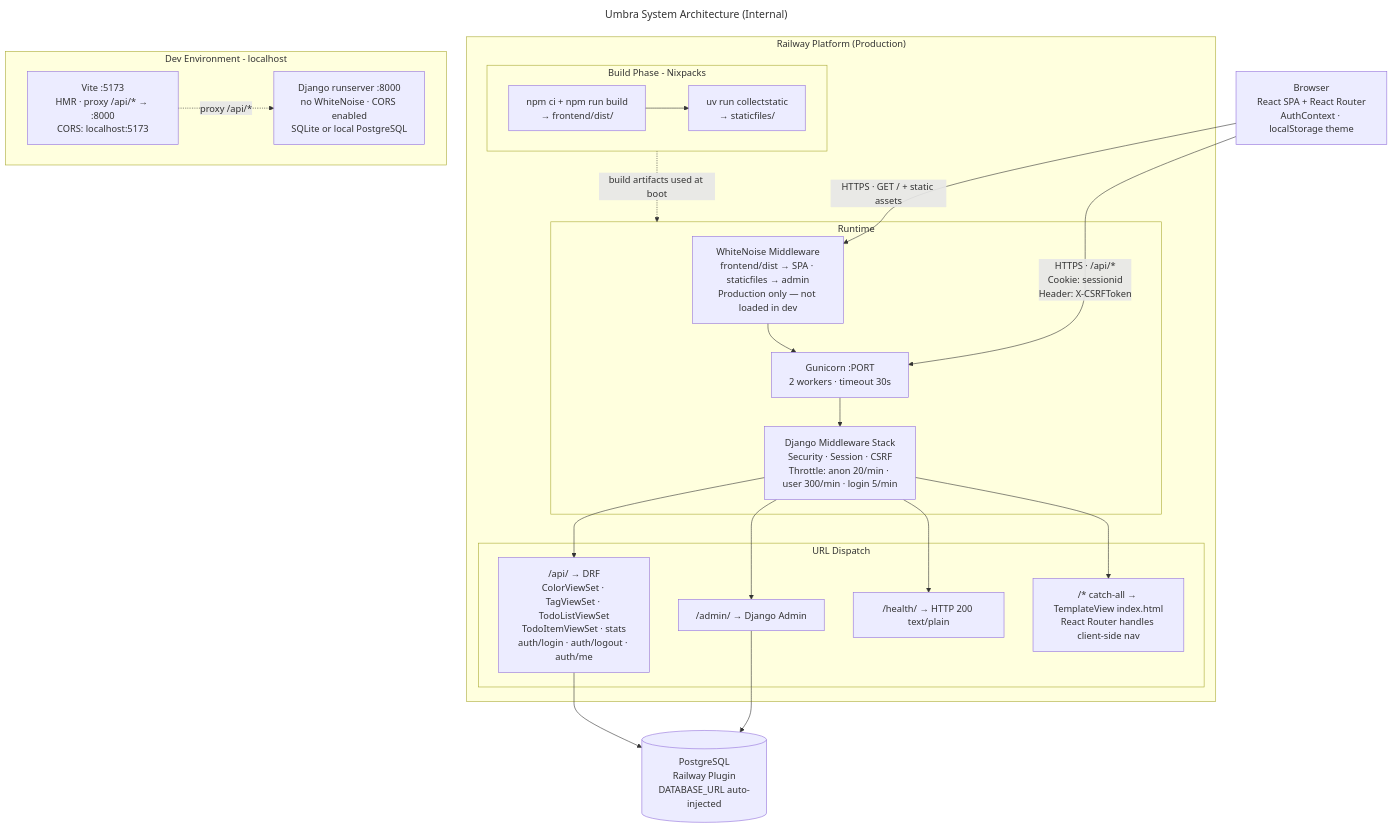
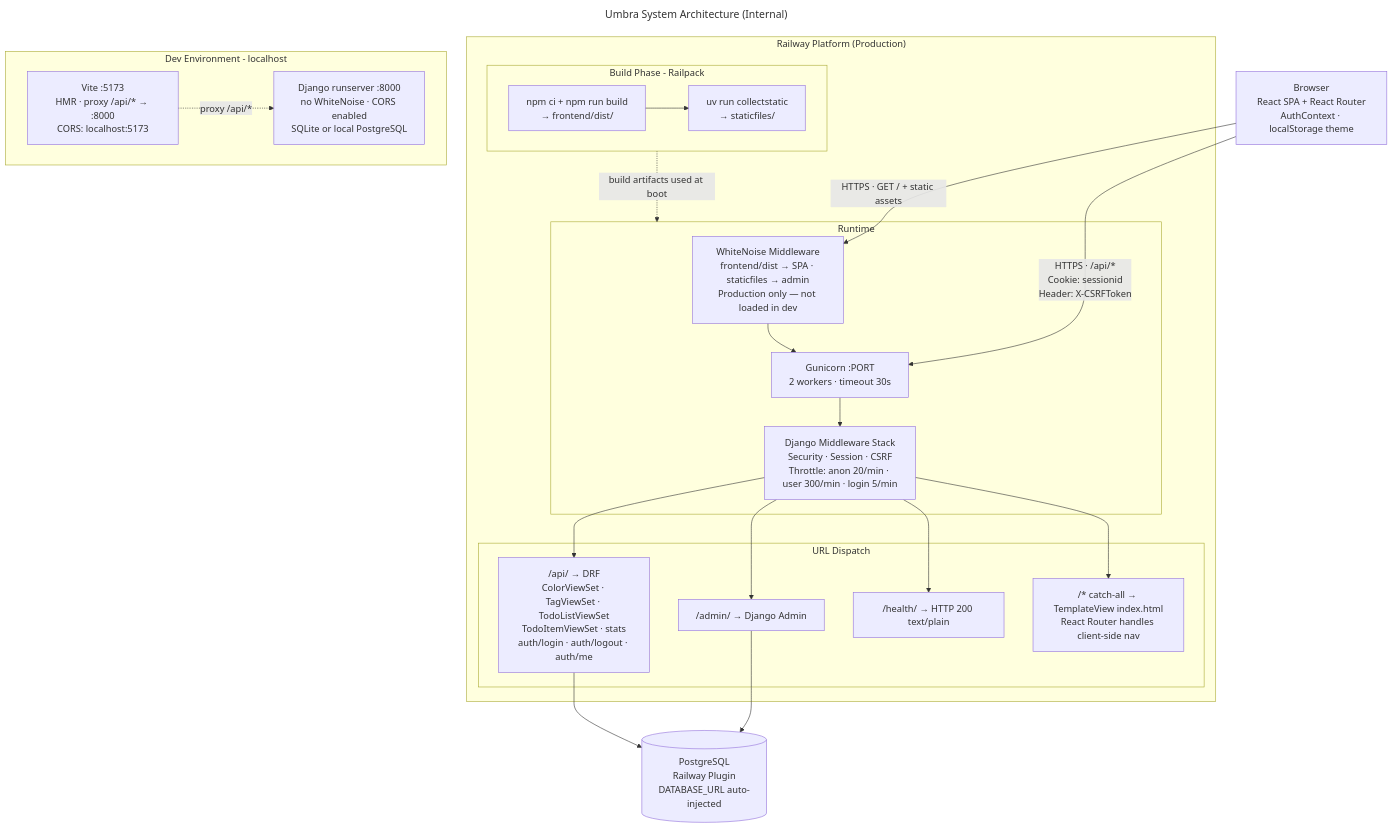
Before and after one commit to masriamir/umbra: the diagram in docs/internal/diagrams/system-architecture.mmd, drawn with Mermaid. The commit also changed 3 other files, not shown here.

First line of the commit message:
Migrate Railway build from deprecated Nixpacks to Railpack

```diff
--- a/docs/internal/diagrams/system-architecture.mmd
+++ b/docs/internal/diagrams/system-architecture.mmd
@@ -1,42 +1,42 @@
 ---
 title: Umbra System Architecture (Internal)
 ---
 flowchart TB
   BROWSER["Browser\nReact SPA + React Router\nAuthContext · localStorage theme"]
 
   subgraph RAILWAY["Railway Platform (Production)"]
-    subgraph BUILD["Build Phase - Nixpacks"]
+    subgraph BUILD["Build Phase - Railpack"]
       B1["npm ci + npm run build\n→ frontend/dist/"]
       B2["uv run collectstatic\n→ staticfiles/"]
       B1 --> B2
     end
 
     subgraph SERVE["Runtime"]
       WN["WhiteNoise Middleware\nfrontend/dist → SPA · staticfiles → admin\nProduction only — not loaded in dev"]
       GUN["Gunicorn :PORT\n2 workers · timeout 30s"]
       DJ["Django Middleware Stack\nSecurity · Session · CSRF\nThrottle: anon 20/min · user 300/min · login 5/min"]
       WN --> GUN --> DJ
     end
 
     subgraph URLS["URL Dispatch"]
       U1["/api/ → DRF\nColorViewSet · TagViewSet · TodoListViewSet\nTodoItemViewSet · stats\nauth/login · auth/logout · auth/me"]
       U2["/admin/ → Django Admin"]
       U3["/health/ → HTTP 200 text/plain"]
       U4["/* catch-all → TemplateView index.html\nReact Router handles client-side nav"]
     end
 
     BUILD -.->|"build artifacts used at boot"| SERVE
     DJ --> U1 & U2 & U3 & U4
   end
 
   PG[("PostgreSQL\nRailway Plugin\nDATABASE_URL auto-injected")]
 
   BROWSER -->|"HTTPS · GET / + static assets"| WN
   BROWSER -->|"HTTPS · /api/*\nCookie: sessionid\nHeader: X-CSRFToken"| GUN
   U1 & U2 --> PG
 
   subgraph DEV["Dev Environment - localhost"]
     VITE["Vite :5173\nHMR · proxy /api/* → :8000\nCORS: localhost:5173"]
     DJRUN["Django runserver :8000\nno WhiteNoise · CORS enabled\nSQLite or local PostgreSQL"]
     VITE -.->|"proxy /api/*"| DJRUN
   end
```
